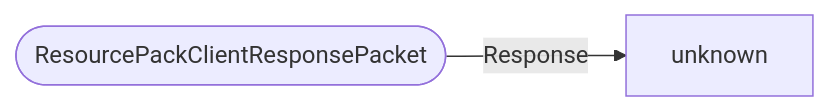
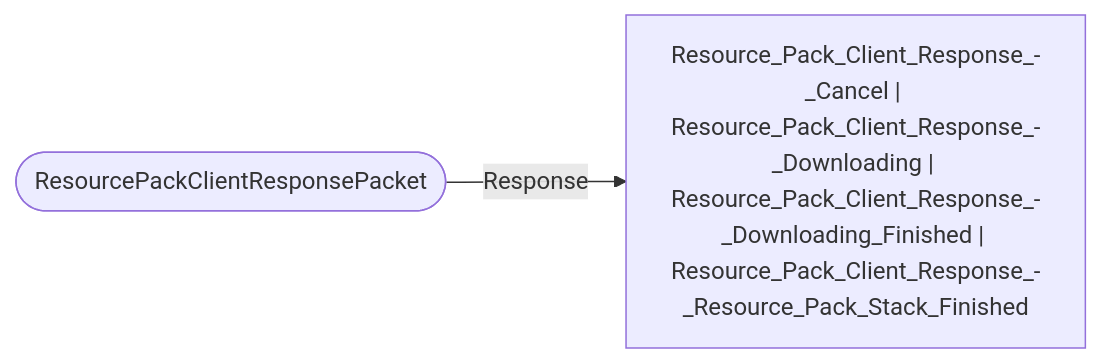
Before and after one commit to bedrock-v/protocol-docs: the diagram in schemas/packets/ResourcePackClientResponsePacket.md, drawn with Mermaid. The commit also changed 114 other files, not shown here.

````diff
--- a/schemas/packets/ResourcePackClientResponsePacket.md
+++ b/schemas/packets/ResourcePackClientResponsePacket.md
@@ -7,5 +7,5 @@
 ```mermaid
 flowchart LR
   ROOT(["ResourcePackClientResponsePacket"])
-  ROOT -->|"Response"| unknown["unknown"]
+  ROOT -->|"Response"| Resource_Pack_Client_Response___Cancel___Resource_Pack_Client_Response___Downloading___Resource_Pack_Client_Response___Downloading_Finished___Resource_Pack_Client_Response___Resource_Pack_Stack_Finished["Resource_Pack_Client_Response_-_Cancel | Resource_Pack_Client_Response_-_Downloading | Resource_Pack_Client_Response_-_Downloading_Finished | Resource_Pack_Client_Response_-_Resource_Pack_Stack_Finished"]
 ```
````
